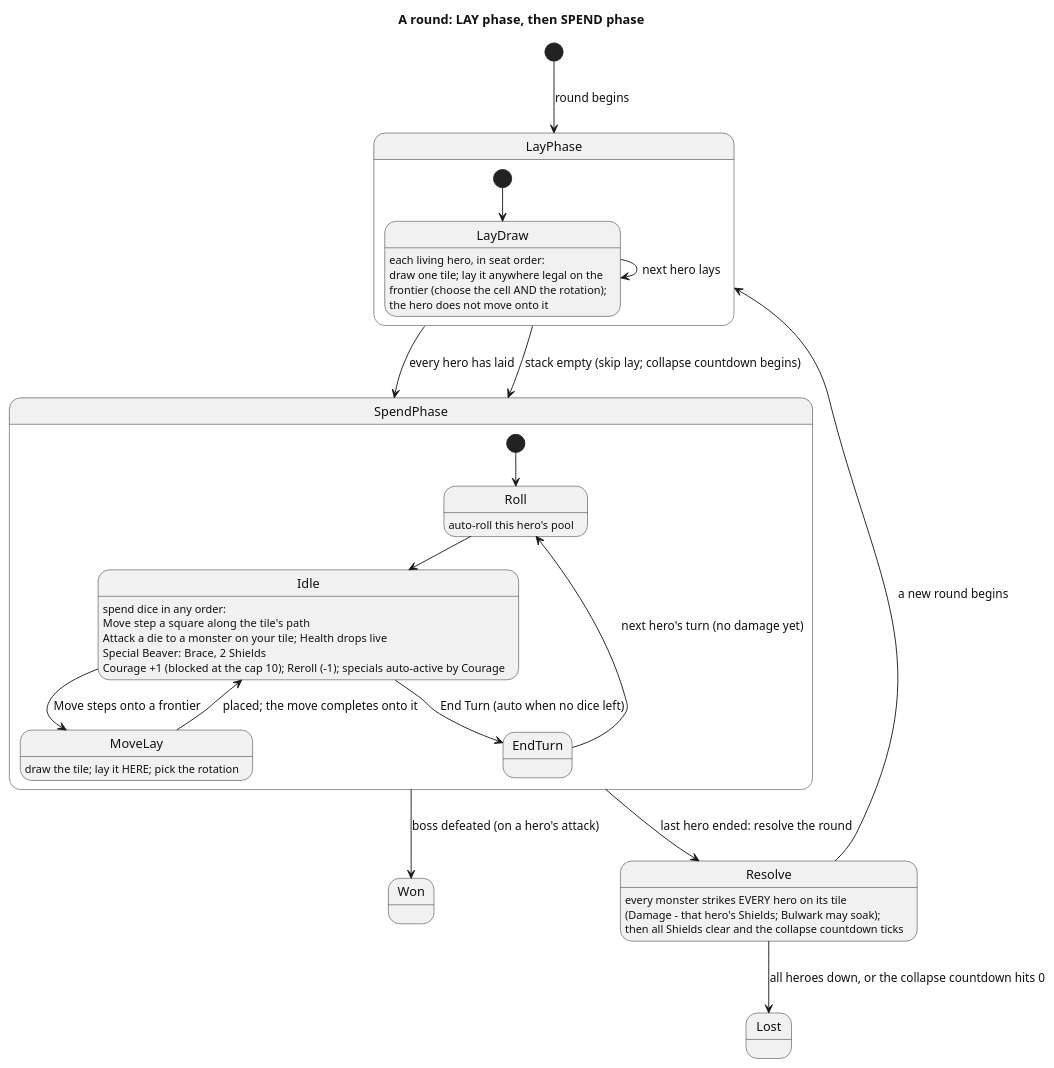
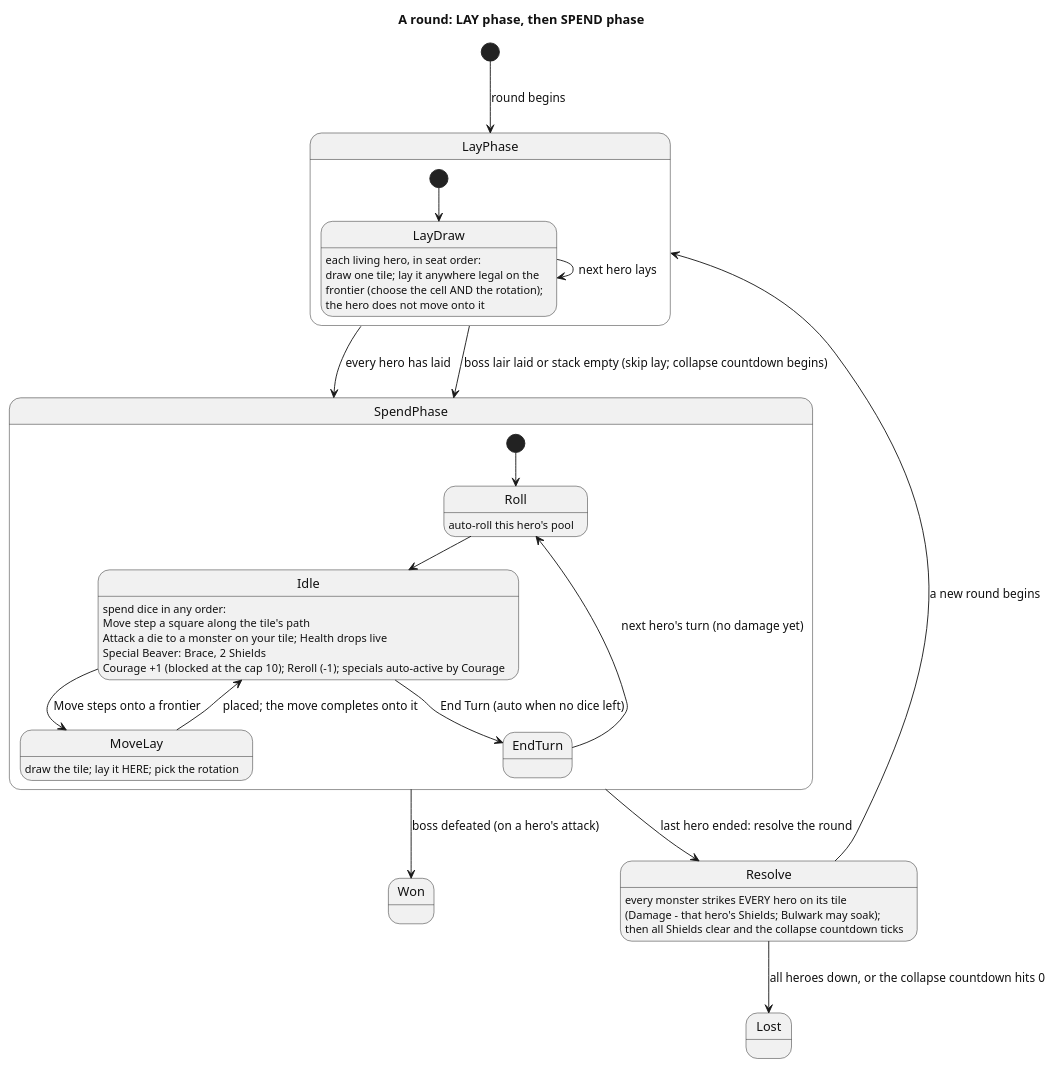
Before and after one commit to Niklasvdm/TotemAppIT: the third of 5 diagrams in docs/crawler-architecture.md, drawn with PlantUML. The commit also changed other lines of this file and 62 other files, not shown here.

````diff
--- a/docs/crawler-architecture.md
+++ b/docs/crawler-architecture.md
@@ -261,43 +256,43 @@
 ```plantuml
 @startuml crawler-round
 title A round: LAY phase, then SPEND phase
 skinparam shadowing false
 skinparam backgroundColor #FFFFFF
 skinparam monochrome true
 skinparam defaultFontColor #111111
 
 [*] --> LayPhase : round begins
 
 state LayPhase {
   [*] --> LayDraw
   LayDraw : each living hero, in seat order:
   LayDraw : draw one tile; lay it anywhere legal on the
   LayDraw : frontier (choose the cell AND the rotation);
   LayDraw : the hero does not move onto it
   LayDraw --> LayDraw : next hero lays
 }
 LayPhase --> SpendPhase : every hero has laid
-LayPhase --> SpendPhase : stack empty (skip lay; collapse countdown begins)
+LayPhase --> SpendPhase : boss lair laid or stack empty (skip lay; collapse countdown begins)
 
 state SpendPhase {
   [*] --> Roll
   Roll : auto-roll this hero's pool
   Roll --> Idle
   Idle : spend dice in any order:
   Idle : Move  step a square along the tile's path
   Idle : Attack  a die to a monster on your tile; Health drops live
   Idle : Special  Beaver: Brace, 2 Shields
   Idle : Courage  +1 (blocked at the cap 10); Reroll (-1); specials auto-active by Courage
   Idle --> MoveLay : Move steps onto a frontier
   MoveLay : draw the tile; lay it HERE; pick the rotation
   MoveLay --> Idle : placed; the move completes onto it
   Idle --> EndTurn : End Turn (auto when no dice left)
   EndTurn --> Roll : next hero's turn (no damage yet)
 }
 SpendPhase --> Resolve : last hero ended: resolve the round
 Resolve : every monster strikes EVERY hero on its tile\n(Damage - that hero's Shields; Bulwark may soak);\nthen all Shields clear and the collapse countdown ticks
 Resolve --> LayPhase : a new round begins
 Resolve --> Lost : all heroes down, or the collapse countdown hits 0
 SpendPhase --> Won : boss defeated (on a hero's attack)
 @enduml
 ```
````
